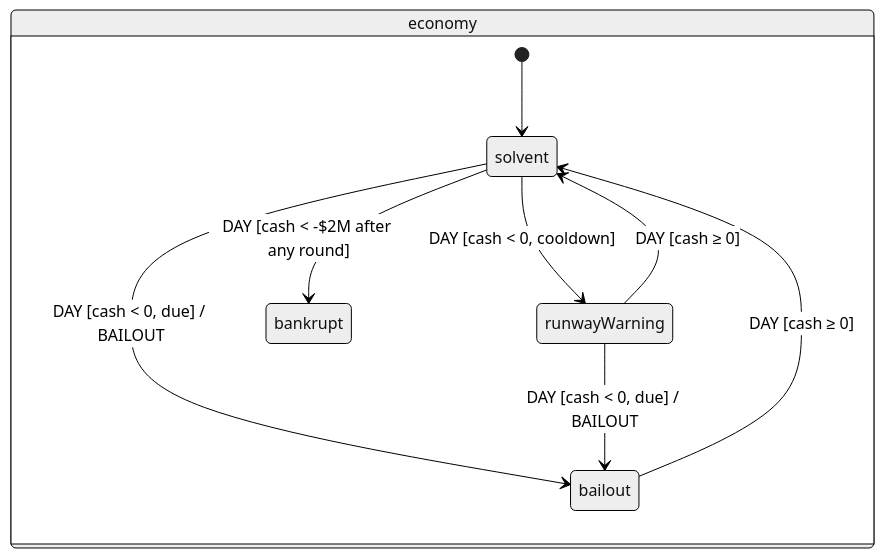
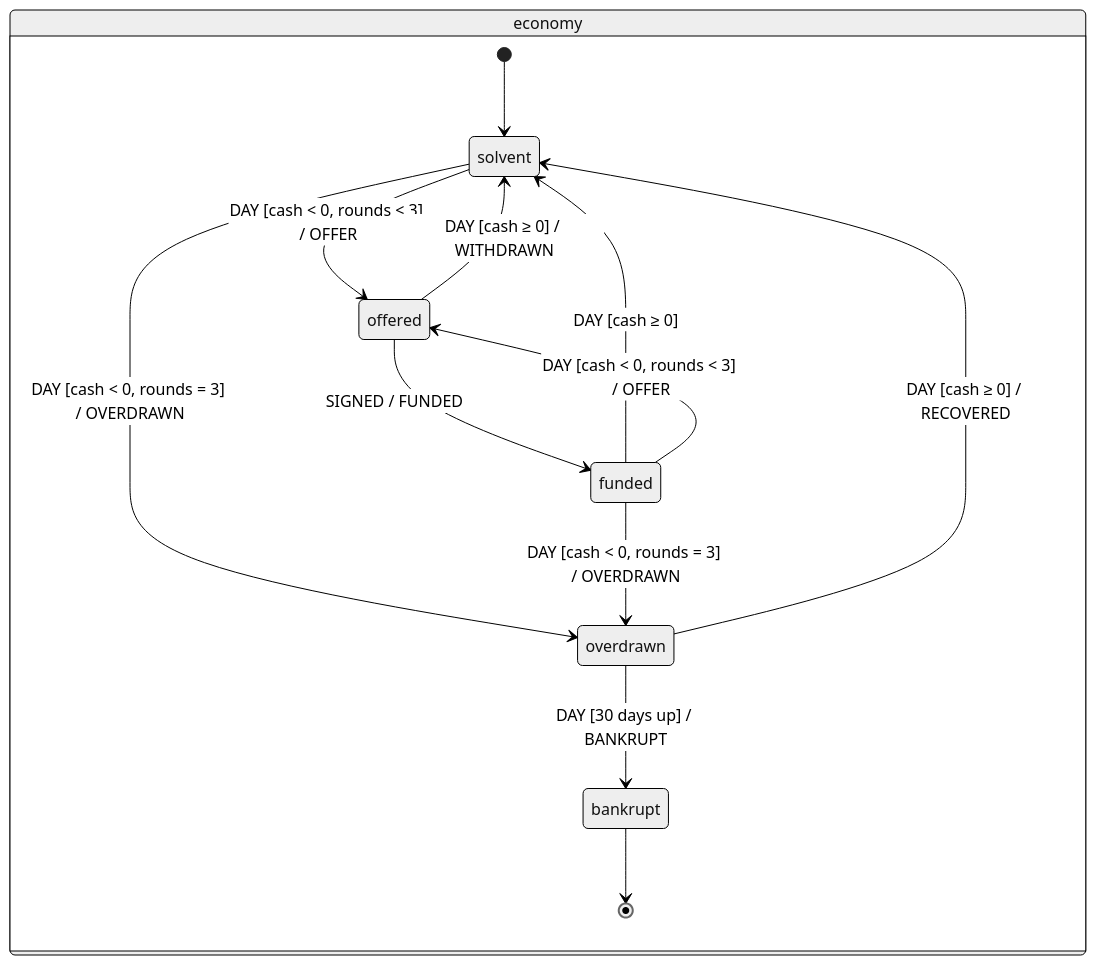
The seventh of 15 diagrams in docs/ARCHITECTURE.md (Manzanita-Research/frontier-lab-tycoon), drawn with Mermaid (neutral theme) before and after one commit. The commit also changed other lines of this file and 88 other files, not shown here.

````diff
--- a/docs/ARCHITECTURE.md
+++ b/docs/ARCHITECTURE.md
@@ -194,13 +194,17 @@
 ```mermaid
 stateDiagram-v2
   direction LR
   state "economy" as E {
     [*] --> solvent
-    solvent --> runwayWarning: DAY [cash < 0, cooldown]
-    solvent --> bailout: DAY [cash < 0, due] / BAILOUT
-    runwayWarning --> bailout: DAY [cash < 0, due] / BAILOUT
-    bailout --> solvent: DAY [cash ≥ 0]
-    runwayWarning --> solvent: DAY [cash ≥ 0]
-    solvent --> bankrupt: DAY [cash < -$2M after any round]
+    solvent --> offered: DAY [cash < 0, rounds < 3] / OFFER
+    offered --> funded: SIGNED / FUNDED
+    offered --> solvent: DAY [cash ≥ 0] / WITHDRAWN
+    funded --> solvent: DAY [cash ≥ 0]
+    funded --> offered: DAY [cash < 0, rounds < 3] / OFFER
+    solvent --> overdrawn: DAY [cash < 0, rounds = 3] / OVERDRAWN
+    funded --> overdrawn: DAY [cash < 0, rounds = 3] / OVERDRAWN
+    overdrawn --> solvent: DAY [cash ≥ 0] / RECOVERED
+    overdrawn --> bankrupt: DAY [30 days up] / BANKRUPT
+    bankrupt --> [*]
   }
 ```
````
